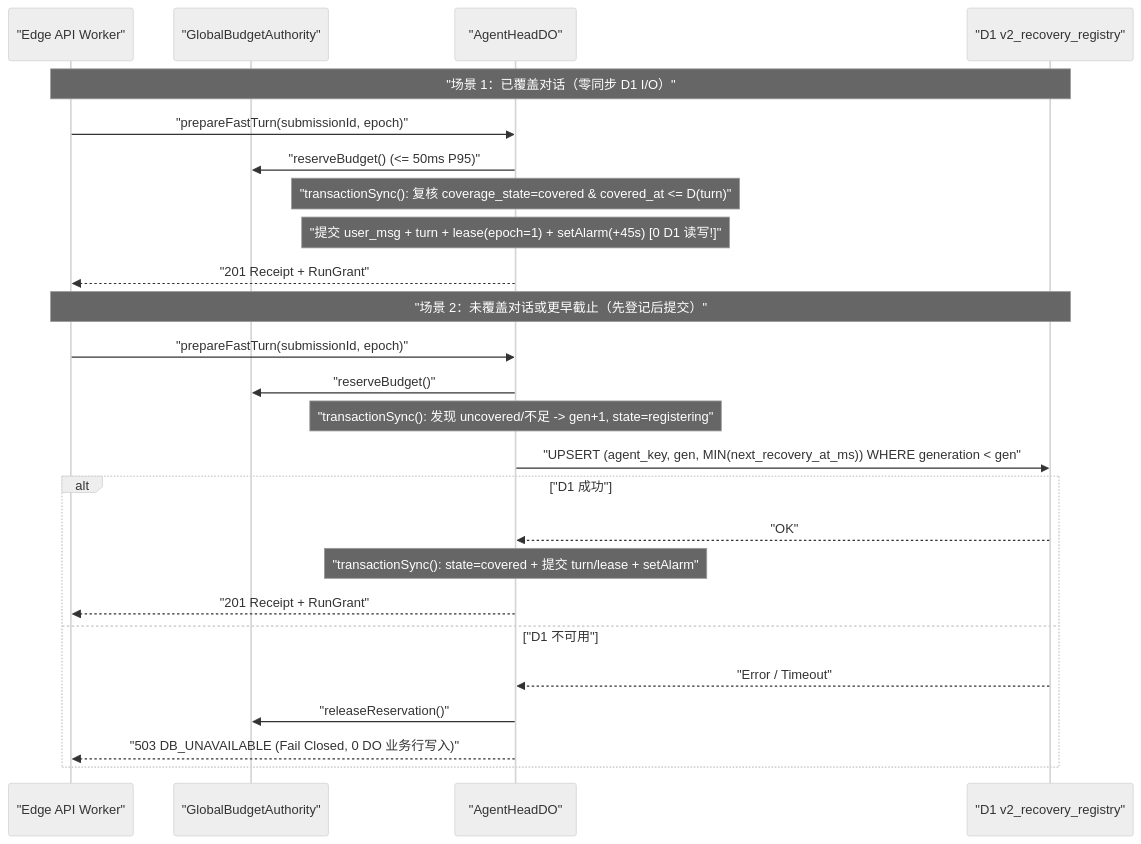
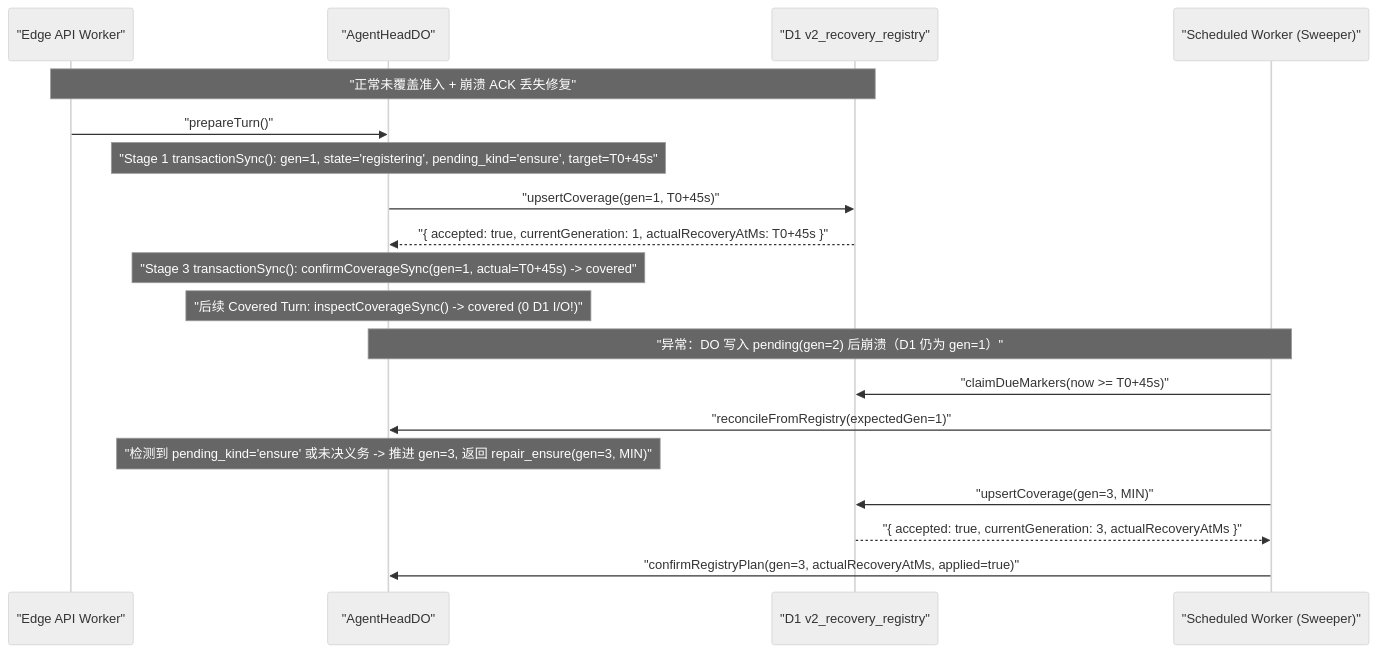
One commit to basicv8vc/Ember changed the third of 3 diagrams in docs/architecture/v2-m0-event-recovery-contract.md. Above: the diagram before and after it, drawn with Mermaid (neutral theme). The commit also changed other lines of this file and 2 other files, not shown here.

Commit message:
docs(architecture): align V2-M0-B contract and probe with Architect Joint Review J1-J5

````diff
--- a/docs/architecture/v2-m0-event-recovery-contract.md
+++ b/docs/architecture/v2-m0-event-recovery-contract.md
@@ -429,29 +503,23 @@
 ```mermaid
 sequenceDiagram
     participant API as "Edge API Worker"
-    participant Budget as "GlobalBudgetAuthority"
     participant DO as "AgentHeadDO"
     participant D1 as "D1 v2_recovery_registry"
+    participant SW as "Scheduled Worker (Sweeper)"
 
-    Note over API,D1: "场景 1：已覆盖对话（零同步 D1 I/O）"
-    API->>DO: "prepareFastTurn(submissionId, epoch)"
-    DO->>Budget: "reserveBudget() (<= 50ms P95)"
-    Note over DO: "transactionSync(): 复核 coverage_state=covered & covered_at <= D(turn)"
-    Note over DO: "提交 user_msg + turn + lease(epoch=1) + setAlarm(+45s) [0 D1 读写!]"
-    DO-->>API: "201 Receipt + RunGrant"
+    Note over API,D1: "正常未覆盖准入 + 崩溃 ACK 丢失修复"
+    API->>DO: "prepareTurn()"
+    Note over DO: "Stage 1 transactionSync(): gen=1, state='registering', pending_kind='ensure', target=T0+45s"
+    DO->>D1: "upsertCoverage(gen=1, T0+45s)"
+    D1-->>DO: "{ accepted: true, currentGeneration: 1, actualRecoveryAtMs: T0+45s }"
+    Note over DO: "Stage 3 transactionSync(): confirmCoverageSync(gen=1, actual=T0+45s) -> covered"
+    Note over DO: "后续 Covered Turn: inspectCoverageSync() -> covered (0 D1 I/O!)"
 
-    Note over API,D1: "场景 2：未覆盖对话或更早截止（先登记后提交）"
-    API->>DO: "prepareFastTurn(submissionId, epoch)"
-    DO->>Budget: "reserveBudget()"
-    Note over DO: "transactionSync(): 发现 uncovered/不足 -> gen+1, state=registering"
-    DO->>D1: "UPSERT (agent_key, gen, MIN(next_recovery_at_ms)) WHERE generation < gen"
-    alt "D1 成功"
-        D1-->>DO: "OK"
-        Note over DO: "transactionSync(): state=covered + 提交 turn/lease + setAlarm"
-        DO-->>API: "201 Receipt + RunGrant"
-    else "D1 不可用"
-        D1-->>DO: "Error / Timeout"
-        DO->>Budget: "releaseReservation()"
-        DO-->>API: "503 DB_UNAVAILABLE (Fail Closed, 0 DO 业务行写入)"
-    end
+    Note over DO,SW: "异常：DO 写入 pending(gen=2) 后崩溃（D1 仍为 gen=1）"
+    SW->>D1: "claimDueMarkers(now >= T0+45s)"
+    SW->>DO: "reconcileFromRegistry(expectedGen=1)"
+    Note over DO: "检测到 pending_kind='ensure' 或未决义务 -> 推进 gen=3, 返回 repair_ensure(gen=3, MIN)"
+    SW->>D1: "upsertCoverage(gen=3, MIN)"
+    D1-->>SW: "{ accepted: true, currentGeneration: 3, actualRecoveryAtMs }"
+    SW->>DO: "confirmRegistryPlan(gen=3, actualRecoveryAtMs, applied=true)"
 ```
````
